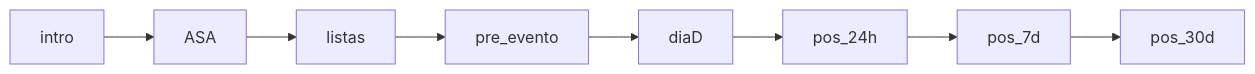
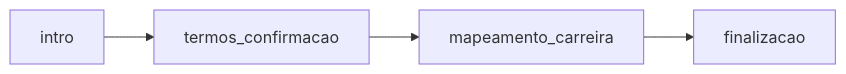
The diagram in README.md (rafaelcaceres/singuebot), drawn with Mermaid before and after one commit. The commit also changed other lines of this file and 17 other files, not shown here.

````diff
--- a/README.md
+++ b/README.md
@@ -119,10 +119,6 @@
 ```mermaid
 graph LR
-    A[intro] --> B[ASA]
-    B --> C[listas]
-    C --> D[pre_evento]
-    D --> E[diaD]
-    E --> F[pos_24h]
-    F --> G[pos_7d]
-    G --> H[pos_30d]
+    A[intro] --> B[termos_confirmacao]
+    B --> C[mapeamento_carreira]
+    C --> D[finalizacao]
 ```
````
